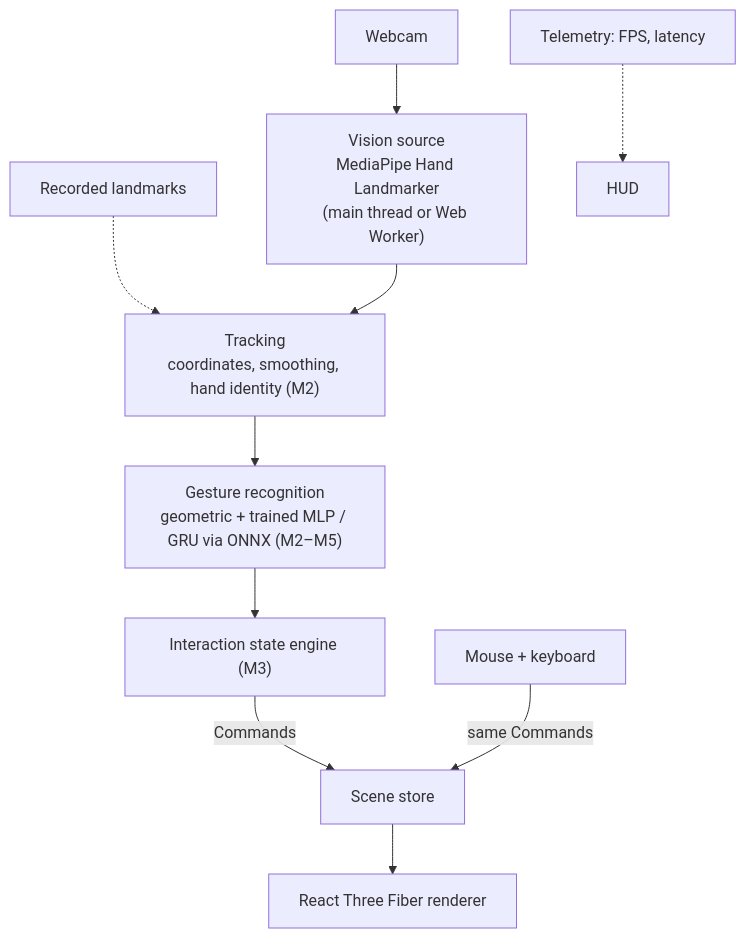
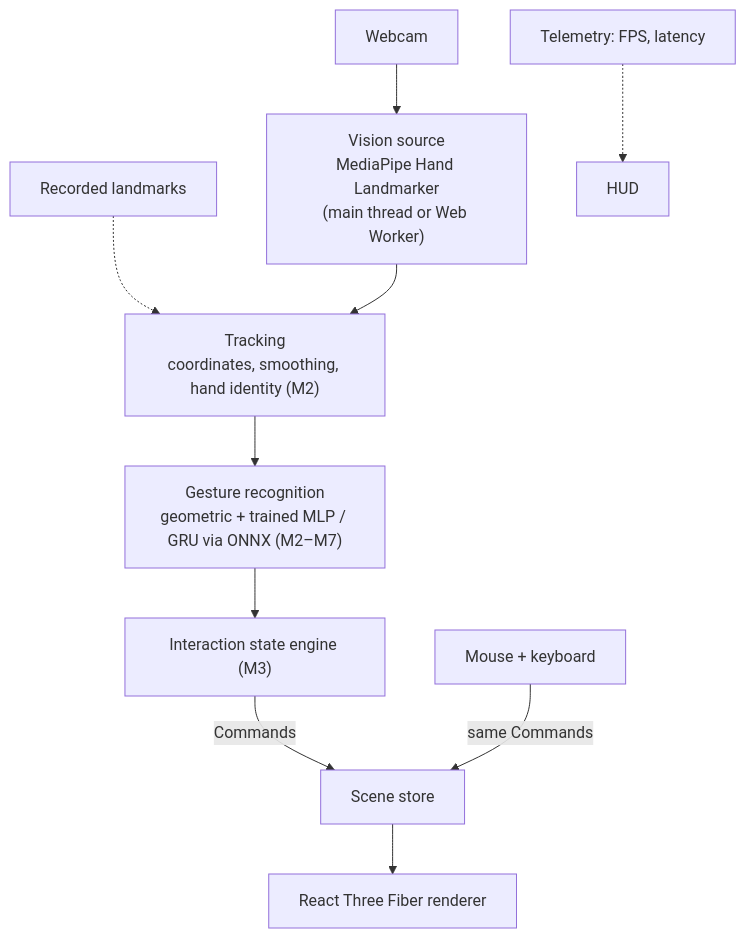
The diagram in README.md (TracyyT/gestur3d), drawn with Mermaid before and after one commit. The commit also changed other lines of this file, not shown here.

Commit message:
Update the roadmap: Practice, Playground and Workspace modes

````diff
--- a/README.md
+++ b/README.md
@@ -28,12 +28,12 @@
 ```mermaid
 flowchart TD
   cam[Webcam] --> vision["Vision source<br/>MediaPipe Hand Landmarker<br/>(main thread or Web Worker)"]
   replay[Recorded landmarks] -.-> tracking
   vision --> tracking["Tracking<br/>coordinates, smoothing, hand identity (M2)"]
-  tracking --> recog["Gesture recognition<br/>geometric + trained MLP / GRU via ONNX (M2–M5)"]
+  tracking --> recog["Gesture recognition<br/>geometric + trained MLP / GRU via ONNX (M2–M7)"]
   recog --> engine["Interaction state engine (M3)"]
   engine -->|Commands| store[Scene store]
   mk[Mouse + keyboard] -->|same Commands| store
   store --> render[React Three Fiber renderer]
   telemetry[Telemetry: FPS, latency] -.-> hud[HUD]
 ```
````
